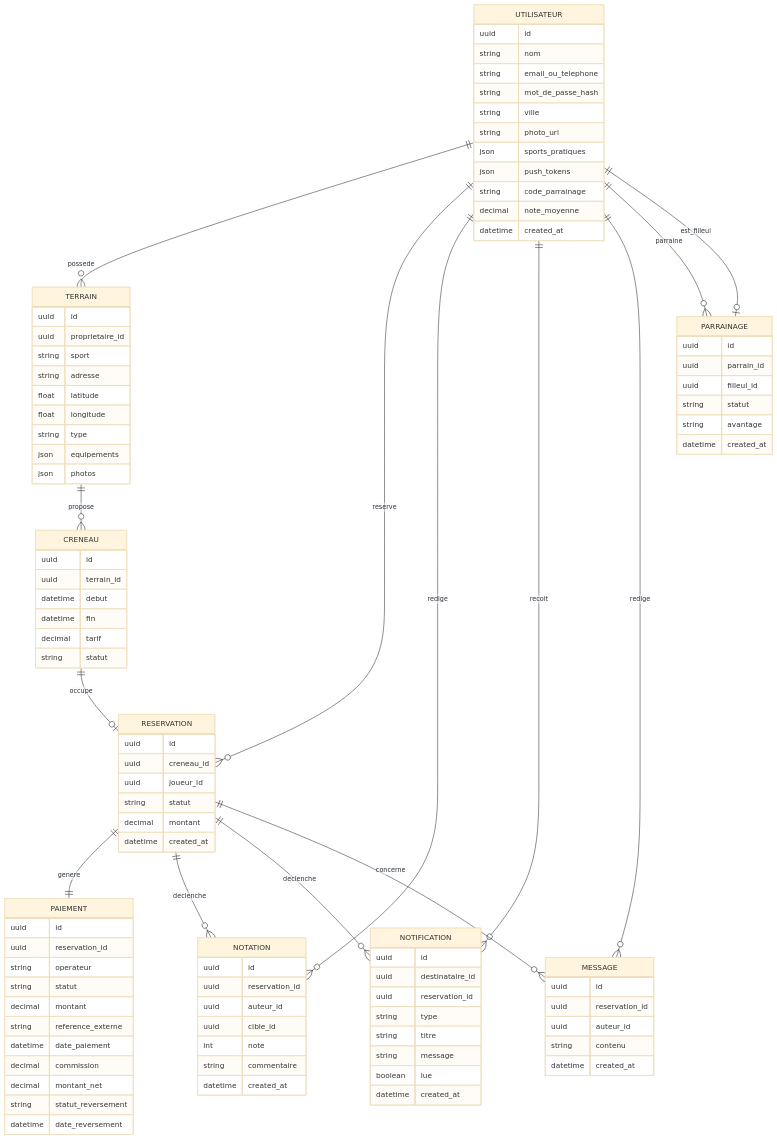
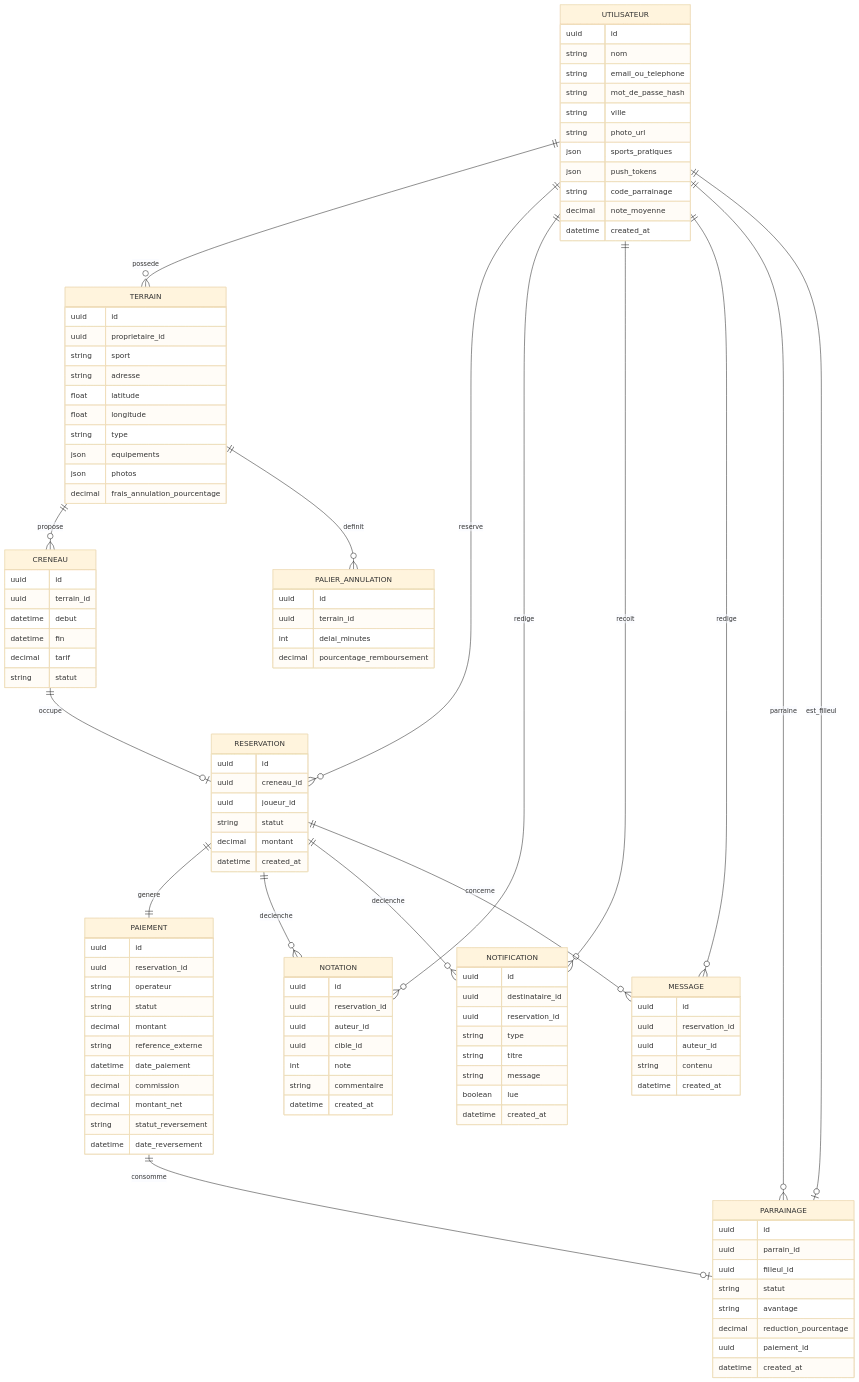
One commit to marakadenlvlb-max/app-reservation-terrains- changed the second of 2 diagrams in architecture.md. Above: the diagram before and after it, drawn with Mermaid (base theme). The commit also changed other lines of this file and 60 other files, not shown here.

First line of the commit message:
Transparence de la réduction de parrainage sur le paiement (US-26)

````diff
--- a/architecture.md
+++ b/architecture.md
@@ -137,8 +137,10 @@
     UTILISATEUR ||--o{ RESERVATION : reserve
     UTILISATEUR ||--o{ NOTATION : redige
     TERRAIN ||--o{ CRENEAU : propose
+    TERRAIN ||--o{ PALIER_ANNULATION : definit
     CRENEAU ||--o| RESERVATION : occupe
     RESERVATION ||--|| PAIEMENT : genere
+    PAIEMENT ||--o| PARRAINAGE : consomme
     RESERVATION ||--o{ NOTATION : declenche
     UTILISATEUR ||--o{ NOTIFICATION : recoit
     RESERVATION ||--o{ NOTIFICATION : declenche
@@ -170,6 +172,13 @@
         string type
         json equipements
         json photos
+        decimal frais_annulation_pourcentage
+    }
+    PALIER_ANNULATION {
+        uuid id
+        uuid terrain_id
+        int delai_minutes
+        decimal pourcentage_remboursement
     }
     CRENEAU {
         uuid id
@@ -232,6 +241,8 @@
         uuid filleul_id
         string statut
         string avantage
+        decimal reduction_pourcentage
+        uuid paiement_id
         datetime created_at
     }
 ```
````
